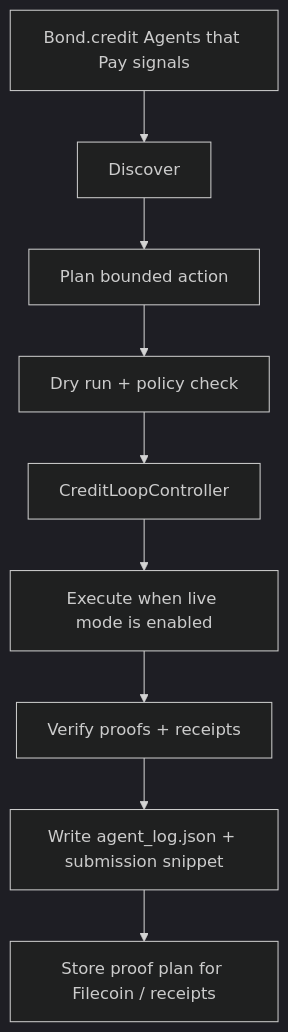
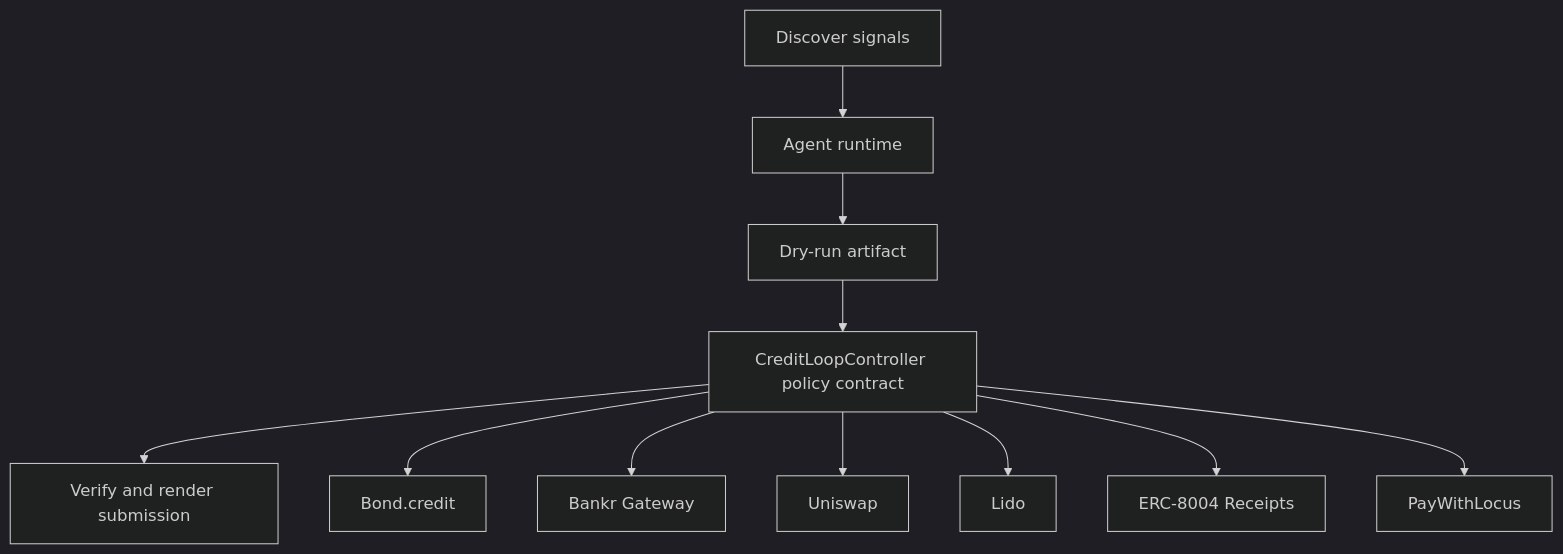
The diagram in README.md (CrystallineButterfly/Synthesis-BondCredit), drawn with Mermaid (dark theme) before and after one commit. The commit also changed other lines of this file and 998 other files, not shown here.

Commit message:
Implement bounded agent runtime

````diff
--- a/README.md
+++ b/README.md
@@ -30,11 +26,15 @@
-        ```mermaid
-        flowchart TD
-    Signals[Bond.credit Agents that Pay signals] --> Discover[Discover]
-    Discover --> Plan[Plan bounded action]
-    Plan --> DryRun[Dry run + policy check]
-    DryRun --> Guard[CreditLoopController]
-    Guard --> Execute[Execute when live mode is enabled]
-    Execute --> Verify[Verify proofs + receipts]
-    Verify --> Persist[Write agent_log.json + submission snippet]
-    Persist --> Storage[Store proof plan for Filecoin / receipts]
-        ```
+```mermaid
+flowchart TD
+    Signals[Discover signals]
+    Planner[Agent runtime]
+    DryRun[Dry-run artifact]
+    Contract[CreditLoopController policy contract]
+    Verify[Verify and render submission]
+    Signals --> Planner --> DryRun --> Contract --> Verify
+    Contract --> bond_credit[Bond.credit]
+    Contract --> bankr_gateway[Bankr Gateway]
+    Contract --> uniswap[Uniswap]
+    Contract --> lido[Lido]
+    Contract --> erc_8004_receipts[ERC-8004 Receipts]
+    Contract --> paywithlocus[PayWithLocus]
+```
````
